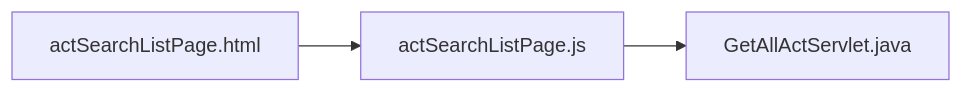
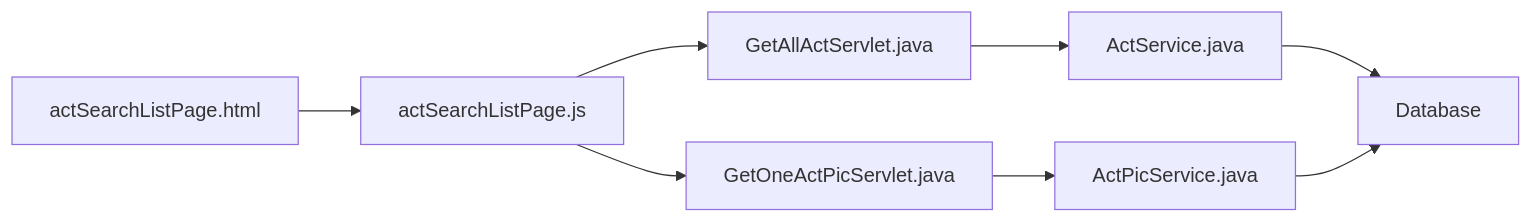
The fifth of 11 diagrams in README.md (TLexYuW/CGA103G1OwnPart), drawn with Mermaid before and after one commit.

Commit message:
LexVaultBackup: 2022-09-12 16:08:34
Affected files:
README.md

````diff
--- a/README.md
+++ b/README.md
@@ -137,4 +137,6 @@
 ```mermaid
-flowchart LR
-	aSLP[actSearchListPage.html ] --> aSLPjs[actSearchListPage.js] --> GAAS[GetAllActServlet.java]
+graph LR
+	aSLP[actSearchListPage.html ] --> aSLPjs[actSearchListPage.js] 
+	--> GAAS[GetAllActServlet.java] --> AS[ActService.java] --> DB[Database]
+	aSLPjs --> GOAPS[GetOneActPicServlet.java] --> APS[ActPicService.java] --> DB
 ```     
````
